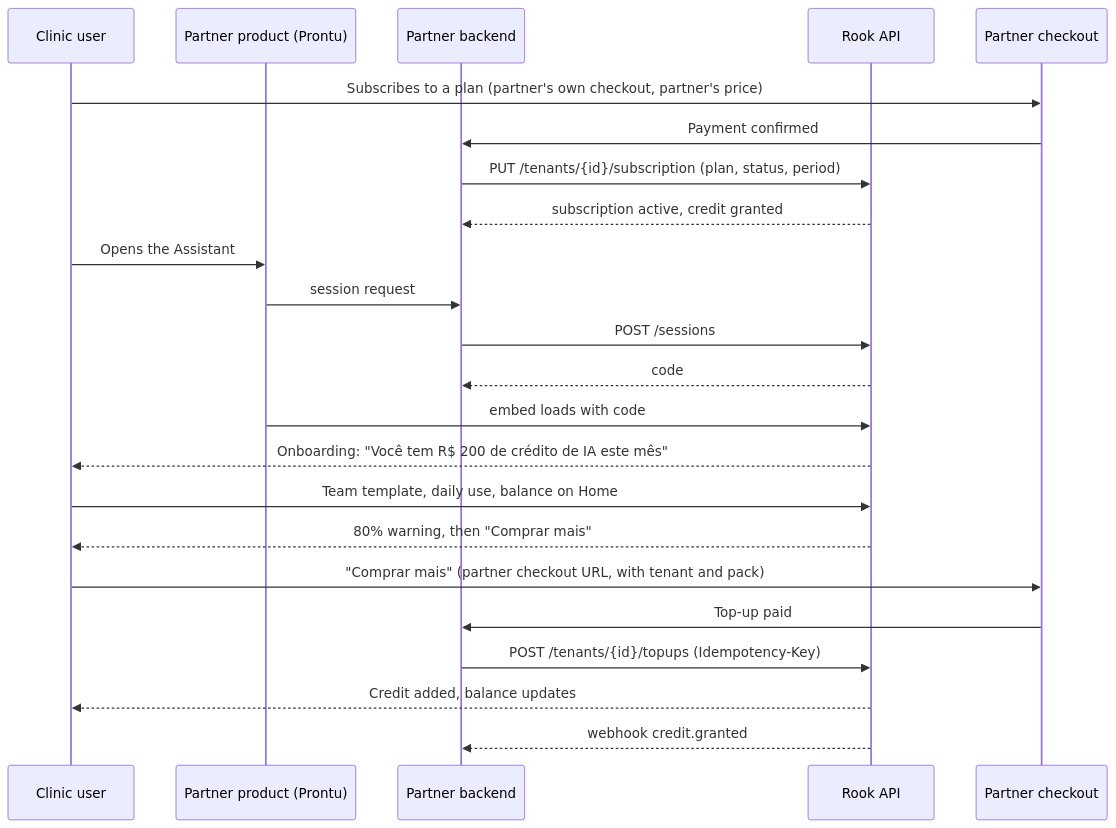
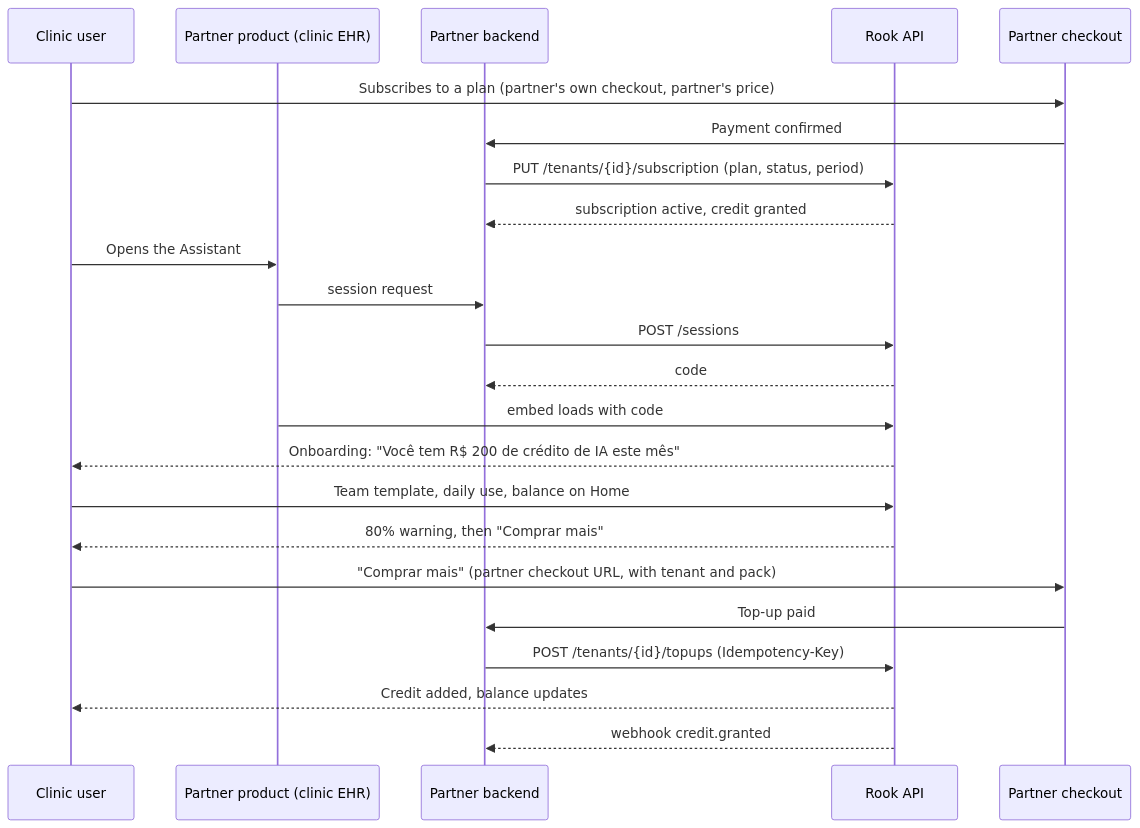
The second of 4 diagrams in docs/partner-commerce.md (corvo-technology/rook), drawn with Mermaid before and after one commit. The commit also changed other lines of this file and 6 other files, not shown here.

````diff
--- a/docs/partner-commerce.md
+++ b/docs/partner-commerce.md
@@ -172,25 +172,25 @@
 ```mermaid
 sequenceDiagram
   participant U as Clinic user
-  participant P as Partner product (Prontu)
+  participant P as Partner product (clinic EHR)
   participant PB as Partner backend
   participant R as Rook API
   participant K as Partner checkout
   U->>K: Subscribes to a plan (partner's own checkout, partner's price)
   K->>PB: Payment confirmed
   PB->>R: PUT /tenants/{id}/subscription (plan, status, period)
   R-->>PB: subscription active, credit granted
   U->>P: Opens the Assistant
   P->>PB: session request
   PB->>R: POST /sessions
   R-->>PB: code
   P->>R: embed loads with code
   R-->>U: Onboarding: "Você tem R$ 200 de crédito de IA este mês"
   U->>R: Team template, daily use, balance on Home
   R-->>U: 80% warning, then "Comprar mais"
   U->>K: "Comprar mais" (partner checkout URL, with tenant and pack)
   K->>PB: Top-up paid
   PB->>R: POST /tenants/{id}/topups (Idempotency-Key)
   R-->>U: Credit added, balance updates
   R-->>PB: webhook credit.granted
 ```
````
